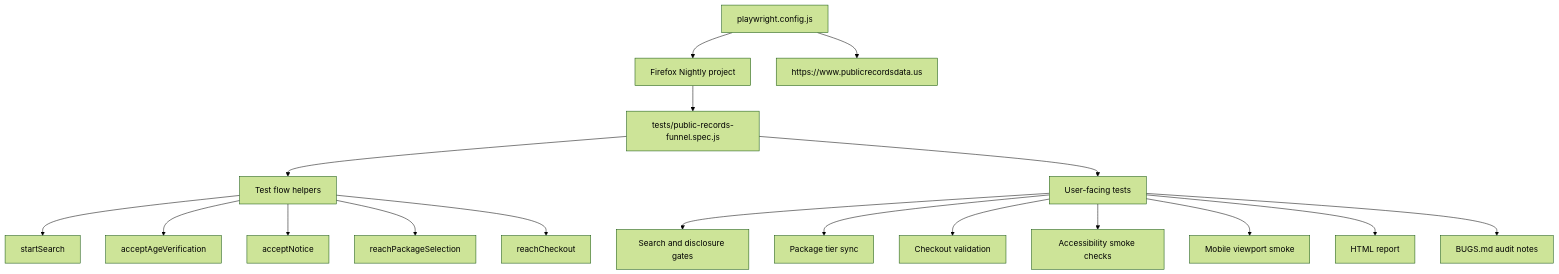
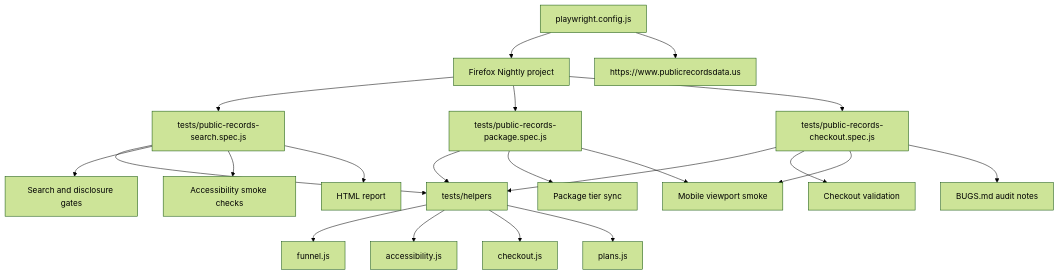
The diagram in README.md (veppex-cpu/Test), drawn with Mermaid (forest theme) before and after one commit. The commit also changed other lines of this file and 8 other files, not shown here.

````diff
--- a/README.md
+++ b/README.md
@@ -231,23 +231,27 @@
 ```mermaid
 flowchart TD
   Config[playwright.config.js] --> Project[Firefox Nightly project]
-  Project --> Suite[tests/public-records-funnel.spec.js]
+  Project --> SearchSpec[tests/public-records-search.spec.js]
+  Project --> PackageSpec[tests/public-records-package.spec.js]
+  Project --> CheckoutSpec[tests/public-records-checkout.spec.js]
 
-  Suite --> Helpers[Test flow helpers]
-  Helpers --> Start[startSearch]
-  Helpers --> Age[acceptAgeVerification]
-  Helpers --> Notice[acceptNotice]
-  Helpers --> Package[reachPackageSelection]
-  Helpers --> Checkout[reachCheckout]
+  SearchSpec --> Helpers[tests/helpers]
+  PackageSpec --> Helpers
+  CheckoutSpec --> Helpers
 
-  Suite --> Tests[User-facing tests]
-  Tests --> Search[Search and disclosure gates]
-  Tests --> Tiers[Package tier sync]
-  Tests --> Validation[Checkout validation]
-  Tests --> A11y[Accessibility smoke checks]
-  Tests --> Responsive[Mobile viewport smoke]
+  Helpers --> Funnel[funnel.js]
+  Helpers --> Accessibility[accessibility.js]
+  Helpers --> Checkout[checkout.js]
+  Helpers --> Plans[plans.js]
+
+  SearchSpec --> Search[Search and disclosure gates]
+  PackageSpec --> Tiers[Package tier sync]
+  CheckoutSpec --> Validation[Checkout validation]
+  SearchSpec --> A11y[Accessibility smoke checks]
+  PackageSpec --> Responsive[Mobile viewport smoke]
+  CheckoutSpec --> Responsive
 
   Config --> BaseURL[https://www.publicrecordsdata.us]
-  Tests --> Report[HTML report]
-  Tests --> Notes[BUGS.md audit notes]
+  SearchSpec --> Report[HTML report]
+  CheckoutSpec --> Notes[BUGS.md audit notes]
 ```
````
